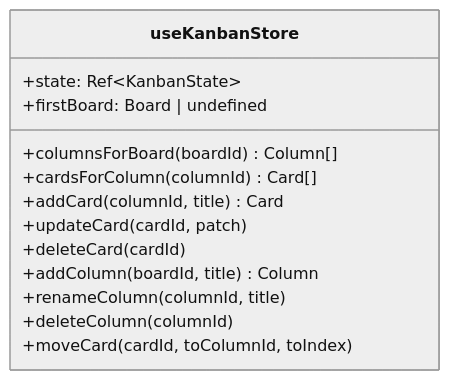
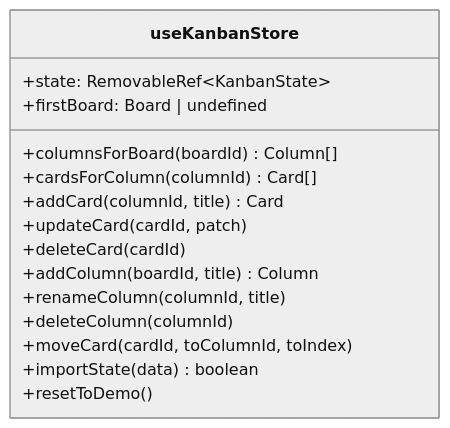
The fifth of 8 diagrams in docs/architecture.md (0quasarquantum0/Kanban_Vue), drawn with Mermaid (neutral theme) before and after one commit. The commit also changed other lines of this file and 7 other files, not shown here.

Commit message:
phase 5: localStorage persistence, JSON import/export and reset

````diff
--- a/docs/architecture.md
+++ b/docs/architecture.md
@@ -90,16 +93,18 @@
 ```mermaid
 classDiagram
   class useKanbanStore {
-    +state: Ref~KanbanState~
+    +state: RemovableRef~KanbanState~
     +firstBoard: Board | undefined
     +columnsForBoard(boardId) Column[]
     +cardsForColumn(columnId) Card[]
     +addCard(columnId, title) Card
     +updateCard(cardId, patch)
     +deleteCard(cardId)
     +addColumn(boardId, title) Column
     +renameColumn(columnId, title)
     +deleteColumn(columnId)
     +moveCard(cardId, toColumnId, toIndex)
+    +importState(data) boolean
+    +resetToDemo()
   }
 ```
````
